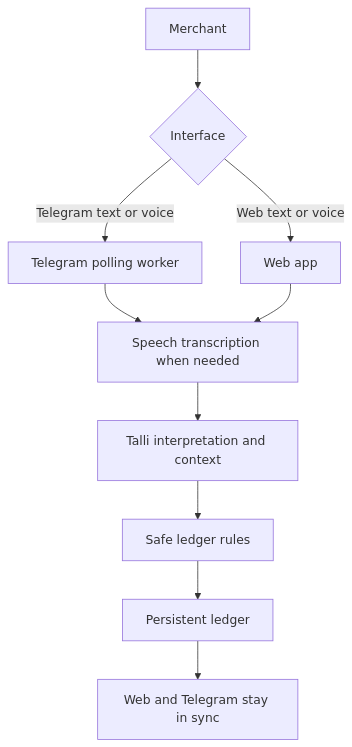
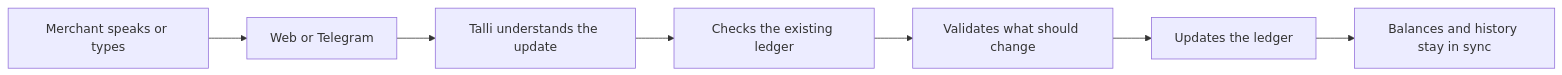
The diagram in README.md (Kunmiesther/Talli), drawn with Mermaid before and after one commit. The commit also changed other lines of this file and 2 other files, not shown here.

````diff
--- a/README.md
+++ b/README.md
@@ -113,12 +64,9 @@
 ```mermaid
-flowchart TD
-  A[Merchant] --> B{Interface}
-  B -->|Telegram text or voice| C[Telegram polling worker]
-  B -->|Web text or voice| D[Web app]
-  C --> E[Speech transcription when needed]
-  D --> E
-  E --> F[Talli interpretation and context]
-  F --> G[Safe ledger rules]
-  G --> H[Persistent ledger]
-  H --> I[Web and Telegram stay in sync]
+flowchart LR
+    A[Merchant speaks or types] --> B[Web or Telegram]
+    B --> C[Talli understands the update]
+    C --> D[Checks the existing ledger]
+    D --> E[Validates what should change]
+    E --> F[Updates the ledger]
+    F --> G[Balances and history stay in sync]
 ```
````
